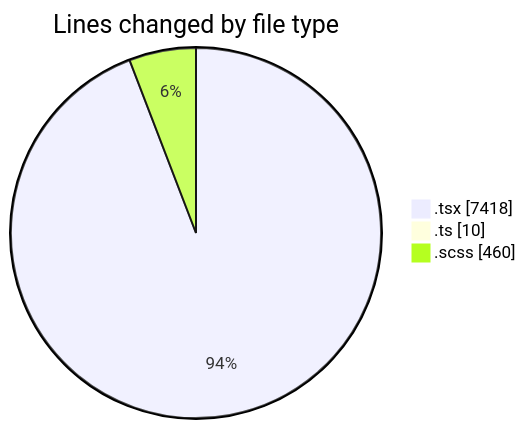
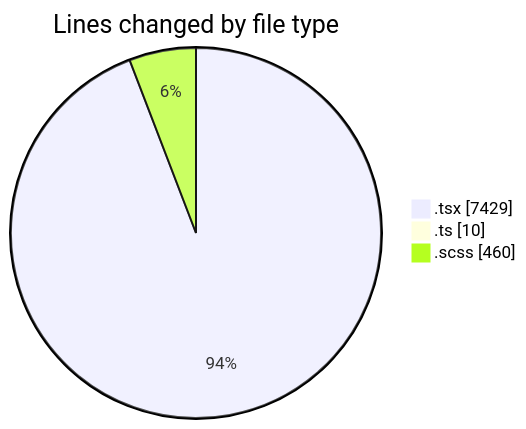
One commit to momahboobian/code-tracking changed the first of 2 diagrams in 2025-11-17/cda/README.md. Above: the diagram before and after it, drawn with Mermaid. The commit also changed other lines of this file and 1 other file, not shown here.

````diff
--- a/2025-11-17/cda/README.md
+++ b/2025-11-17/cda/README.md
@@ -32,7 +32,7 @@
 ```mermaid
 pie showData
 title Lines changed by file type
-".tsx" : 7418
+".tsx" : 7429
 ".ts" : 10
 ".scss" : 460
 ```
````
